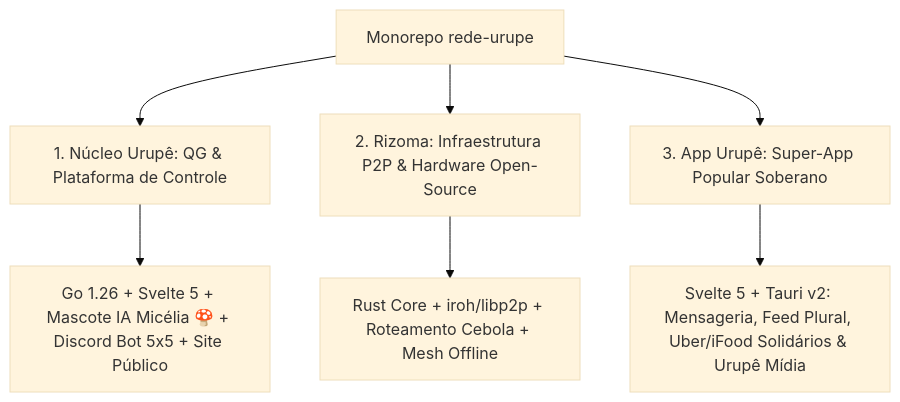
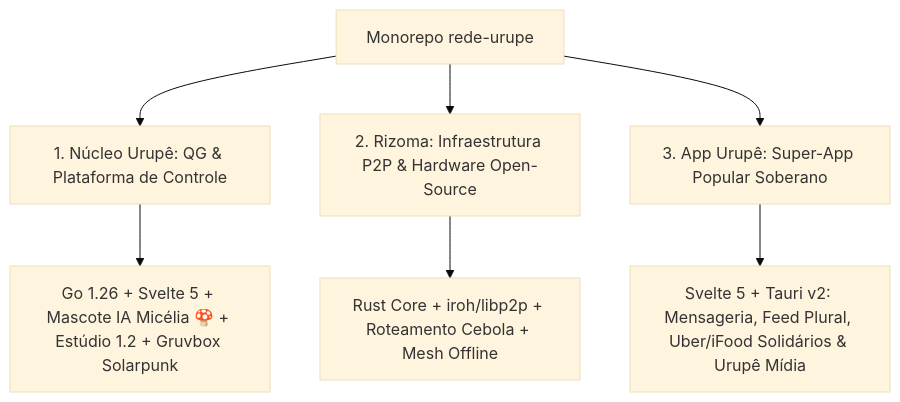
The diagram in README.md (aleconstancio/rede-urupe), drawn with Mermaid (base theme) before and after one commit. The commit also changed other lines of this file and 2 other files, not shown here.

````diff
--- a/README.md
+++ b/README.md
@@ -11,10 +11,10 @@
 ```mermaid
 graph TD
     A[Monorepo rede-urupe] --> B[1. Núcleo Urupê: QG & Plataforma de Controle]
     A --> C[2. Rizoma: Infraestrutura P2P & Hardware Open-Source]
     A --> D[3. App Urupê: Super-App Popular Soberano]
 
-    B --> B1[Go 1.26 + Svelte 5 + Mascote IA Micélia 🍄 + Discord Bot 5x5 + Site Público]
+    B --> B1[Go 1.26 + Svelte 5 + Mascote IA Micélia 🍄 + Estúdio 1.2 + Gruvbox Solarpunk]
     C --> C1[Rust Core + iroh/libp2p + Roteamento Cebola + Mesh Offline]
     D --> D1[Svelte 5 + Tauri v2: Mensageria, Feed Plural, Uber/iFood Solidários & Urupê Mídia]
 ```
````
